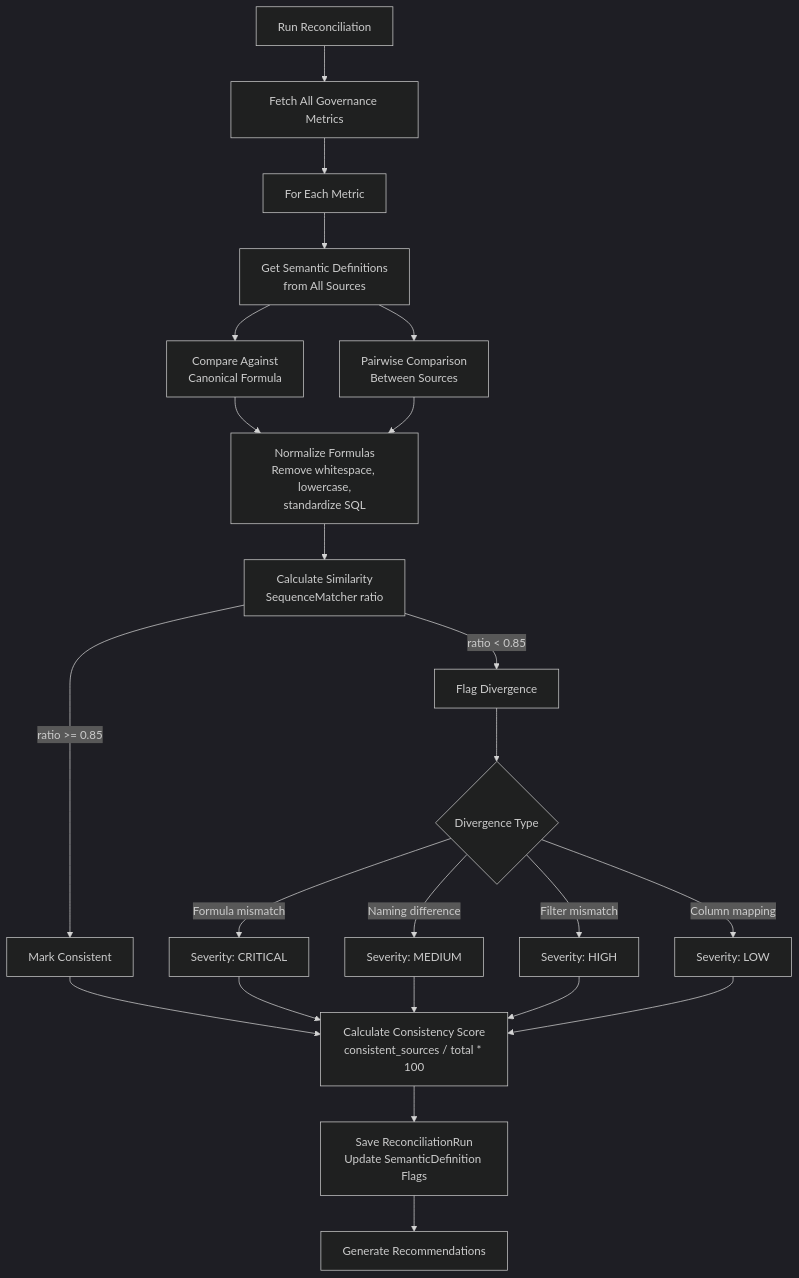
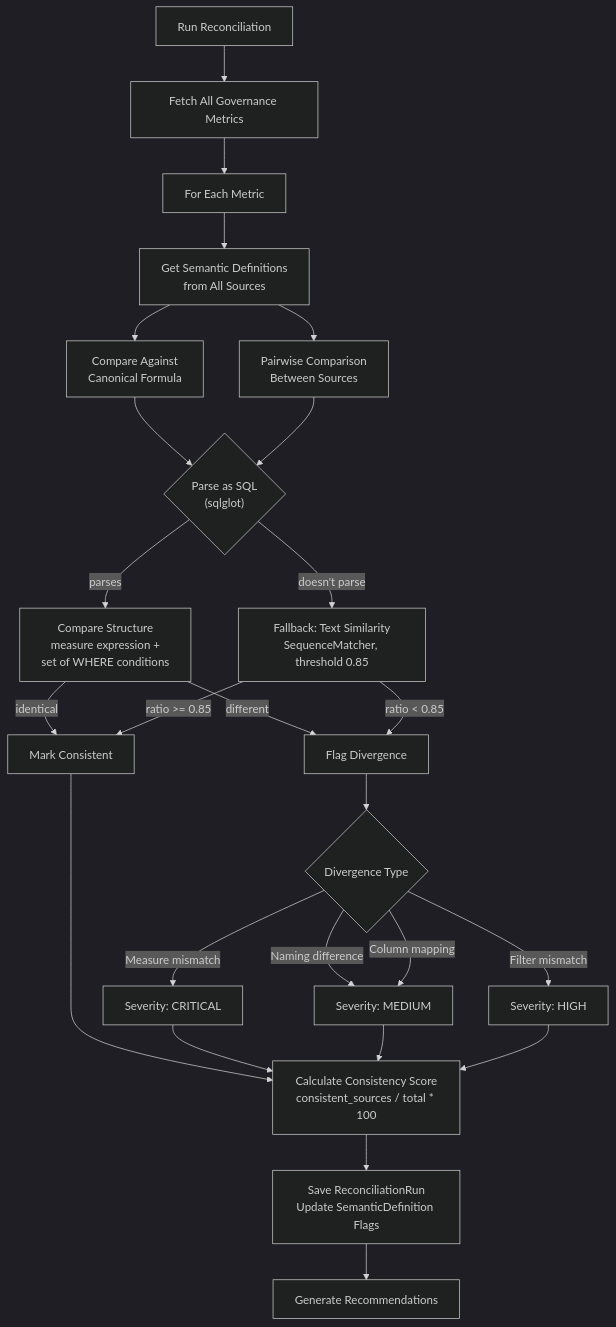
The fourth of 5 diagrams in README.md (somesh-ghaturle/1-Trillion-AI-Problem), drawn with Mermaid (dark theme) before and after one commit. The commit also changed other lines of this file and 3 other files, not shown here.

First line of the commit message:
Compare metric formulas by parsed SQL structure instead of text similarity

````diff
--- a/README.md
+++ b/README.md
@@ -197,32 +197,34 @@
 ```mermaid
 flowchart TD
     START["Run Reconciliation"] --> FETCH["Fetch All Governance Metrics"]
     FETCH --> LOOP["For Each Metric"]
 
     LOOP --> GET_DEFS["Get Semantic Definitions<br/>from All Sources"]
     GET_DEFS --> CANONICAL["Compare Against<br/>Canonical Formula"]
     GET_DEFS --> PAIRWISE["Pairwise Comparison<br/>Between Sources"]
 
-    CANONICAL --> NORM["Normalize Formulas<br/>Remove whitespace, lowercase,<br/>standardize SQL"]
-    PAIRWISE --> NORM
+    CANONICAL --> PARSE{"Parse as SQL<br/>(sqlglot)"}
+    PAIRWISE --> PARSE
 
-    NORM --> SIM["Calculate Similarity<br/>SequenceMatcher ratio"]
+    PARSE -->|"parses"| STRUCT["Compare Structure<br/>measure expression +<br/>set of WHERE conditions"]
+    PARSE -->|"doesn't parse"| SIM["Fallback: Text Similarity<br/>SequenceMatcher, threshold 0.85"]
 
-    SIM -->|"ratio >= 0.85"| CONSISTENT["Mark Consistent"]
-    SIM -->|"ratio < 0.85"| DIVERGENT["Flag Divergence"]
+    STRUCT -->|"identical"| CONSISTENT["Mark Consistent"]
+    STRUCT -->|"different"| DIVERGENT["Flag Divergence"]
+    SIM -->|"ratio >= 0.85"| CONSISTENT
+    SIM -->|"ratio < 0.85"| DIVERGENT
 
     DIVERGENT --> TYPE{"Divergence Type"}
-    TYPE -->|"Formula mismatch"| CRIT["Severity: CRITICAL"]
+    TYPE -->|"Measure mismatch"| CRIT["Severity: CRITICAL"]
     TYPE -->|"Naming difference"| MED["Severity: MEDIUM"]
     TYPE -->|"Filter mismatch"| HIGH["Severity: HIGH"]
-    TYPE -->|"Column mapping"| LOW["Severity: LOW"]
+    TYPE -->|"Column mapping"| MED
 
     CONSISTENT --> SCORE["Calculate Consistency Score<br/>consistent_sources / total * 100"]
     CRIT --> SCORE
     MED --> SCORE
     HIGH --> SCORE
-    LOW --> SCORE
 
     SCORE --> SAVE["Save ReconciliationRun<br/>Update SemanticDefinition Flags"]
     SAVE --> RECS["Generate Recommendations"]
 ```
````
